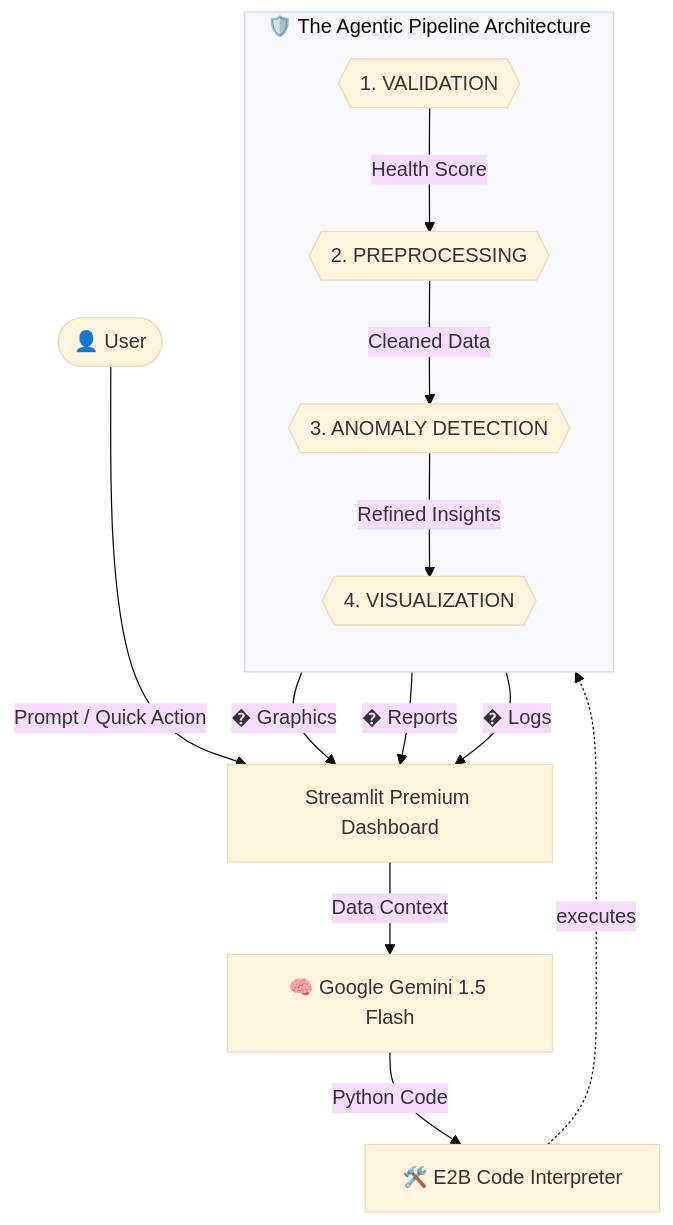
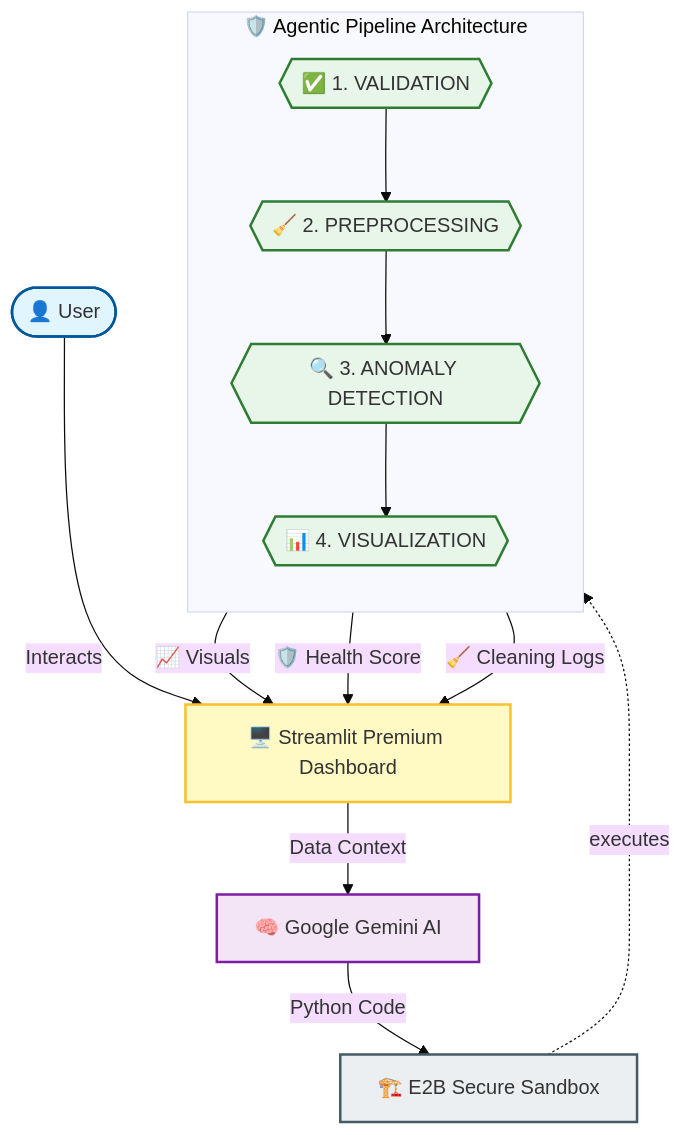
Before and after one commit to Arvindtechicon/Agentic-Data-Sanitizer: the diagram in README.md, drawn with Mermaid (base theme). The commit also changed other lines of this file, not shown here.

Commit message:
Enhance architecture diagram with premium colors and icons

````diff
--- a/README.md
+++ b/README.md
@@ -36,20 +36,40 @@
 ```mermaid
 flowchart TD
-    User([👤 User]) -->|Prompt / Quick Action| UI[Streamlit Premium Dashboard]
+    %% Node Definitions
+    User([👤 User])
+    UI[🖥️ Streamlit Premium Dashboard]
+    LLM[🧠 Google Gemini AI]
+    Sandbox[🏗️ E2B Secure Sandbox]
     
-    UI -->|Data Context| LLM[🧠 Google Gemini 1.5 Flash]
-    LLM -->|Python Code| Sandbox[🛠️ E2B Code Interpreter]
+    subgraph Pipeline [🛡️ Agentic Pipeline Architecture]
+        direction TB
+        V{{✅ 1. VALIDATION}}
+        P{{🧹 2. PREPROCESSING}}
+        A{{🔍 3. ANOMALY DETECTION}}
+        Z{{📊 4. VISUALIZATION}}
+        V --> P --> A --> Z
+    end
+
+    %% Connections
+    User -->|Interacts| UI
+    UI -->|Data Context| LLM
+    LLM -->|Python Code| Sandbox
+    Sandbox -. executes .-> Pipeline
     
-    subgraph Agentic_Pipeline [🛡️ The Agentic Pipeline Architecture]
-        direction TB
-        Audit{{1. VALIDATION}} -->|Health Score| PreProcess{{2. PREPROCESSING}}
-        PreProcess -->|Cleaned Data| Anomaly{{3. ANOMALY DETECTION}}
-        Anomaly -->|Refined Insights| Viz{{4. VISUALIZATION}}
-    end
-    
-    Sandbox -. executes .-> Agentic_Pipeline
-    
-    Viz -->|� Graphics| UI
-    Audit -->|�️ Reports| UI
-    PreProcess -->|� Logs| UI
+    Z -->|📈 Visuals| UI
+    V -->|🛡️ Health Score| UI
+    P -->|🧹 Cleaning Logs| UI
+
+    %% Styling for Premium Look
+    classDef user fill:#e1f5fe,stroke:#01579b,stroke-width:2px;
+    classDef ui fill:#fff9c4,stroke:#fbc02d,stroke-width:2px;
+    classDef ai fill:#f3e5f5,stroke:#7b1fa2,stroke-width:2px;
+    classDef sandbox fill:#eceff1,stroke:#455a64,stroke-width:2px;
+    classDef pipe fill:#e8f5e9,stroke:#2e7d32,stroke-width:2px;
+
+    class User user;
+    class UI ui;
+    class LLM ai;
+    class Sandbox sandbox;
+    class V,P,A,Z pipe;
 ```
````
